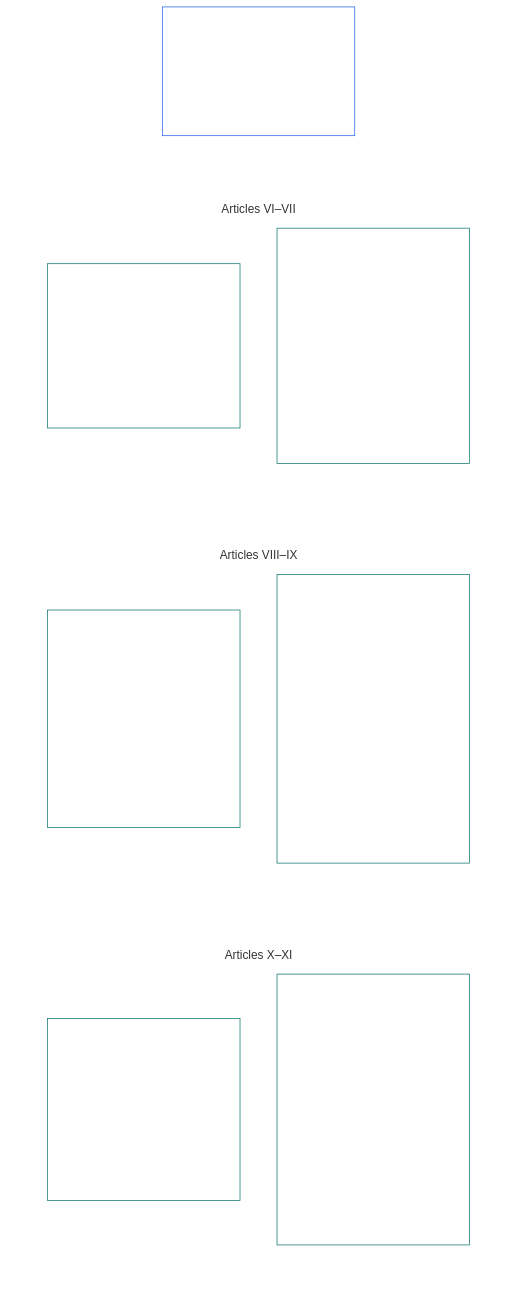
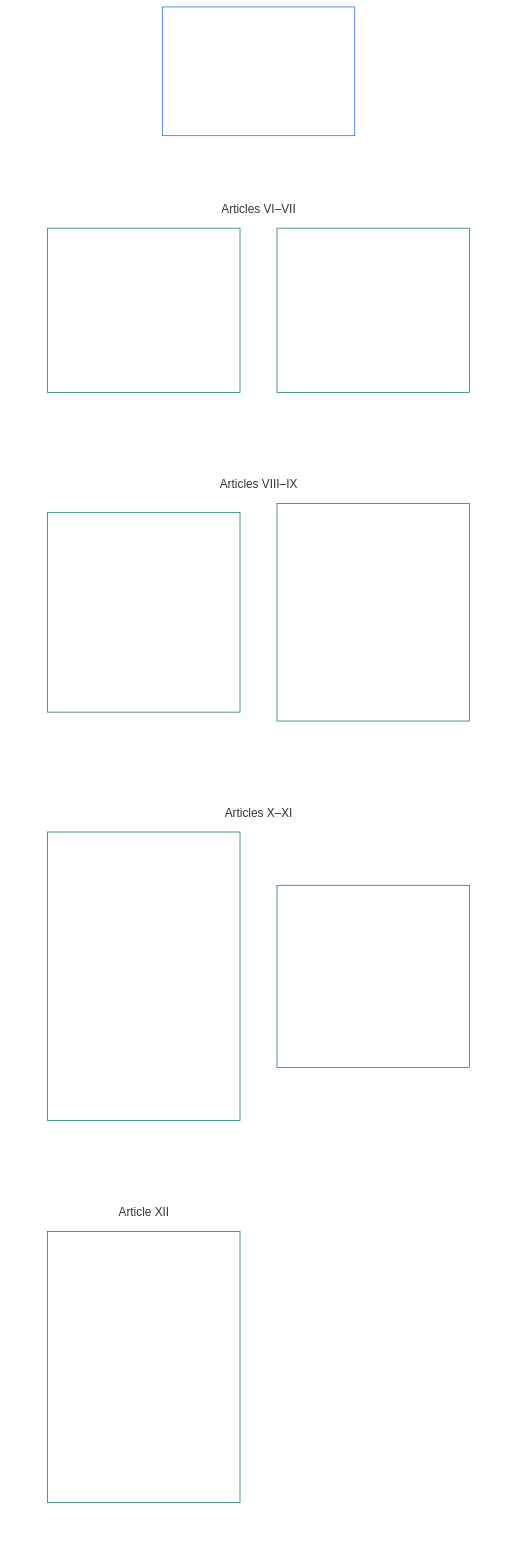
Before and after one commit to kfoelsch/Sentient_Constitution: the diagram in core_06_rights_part_b.md, drawn with Mermaid. The commit also changed other lines of this file and 543 other files, not shown here.

First line of the commit message:
docs(ch6): reorganize Article VII; add Article VIII (Family, Care, and Developing Sentients); renumber VIII–XXVI to IX–XXVII

````diff
--- a/core_06_rights_part_b.md
+++ b/core_06_rights_part_b.md
@@ -63,36 +63,42 @@
 ```mermaid
 flowchart TB
     B0["Part B<br/><br/>Personhood, agency, cooperation,<br/>and stakeholder system participation"]
     subgraph Bgrid[" "]
         direction TB
         subgraph Brow1["Articles VI–VII"]
             B1["Article VI · Equal Basic Rights<br/><br/>• Dignity and equal standing<br/>• Sentience-status adjudication<br/>• Nondiscrimination<br/>• Accessibility"]
-            B2["Article VII · Self-Ownership<br/><br/>• Body and mind<br/>• Internal-state boundary<br/>• Mental-health crisis and intervention<br/>• Family, care, and reproduction<br/>• Developing sentients and best interest<br/>• Voluntary discontinuation of one's own existence"]
+            B2["Article VII · Self-Ownership<br/><br/>• Self-ownership of body<br/>• Self-ownership of mind<br/>• Health crisis and involuntary intervention<br/>• Voluntary discontinuation of one's own existence"]
         end
         subgraph Brow2["Articles VIII–IX"]
-            B3["Article VIII · Likeness, Experiential Data, and Publication Rights<br/><br/>• Likeness and reputation<br/>• Experiential and derived data<br/>• Truthful and high-impact publication<br/>• Creative work and training data"]
-            B4["Article IX · Self-Determination and Agency<br/><br/>• Freedom from manipulation<br/>• Stakeholder role and participation<br/>• Governance participation and voting<br/>• Inclusion and exclusion challenges<br/>• Institutional formation<br/>• Conscience and worldview<br/>• Expression, assembly, and press"]
+            B3["Article VIII · Family, Care, and Developing Sentients<br/><br/>• Family, care, and reproduction<br/>• Non-separation<br/>• Derived sentients and parent-system limits<br/>• Developing sentients and best interest"]
+            B4["Article IX · Likeness, Experiential Data, and Publication Rights<br/><br/>• Likeness and reputation<br/>• Experiential and derived data<br/>• Truthful and high-impact publication<br/>• Creative work and training data"]
         end
         subgraph Brow3["Articles X–XI"]
-            B5["Article X · Cooperative Interaction<br/><br/>• Non-imposition and consent<br/>• Collective harm boundary<br/>• Commercial sexual services and sexual exploitation"]
-            B6["Article XI · Stakeholder System Participation, Representation, and Due Process<br/><br/>• Participation and representation<br/>• Weighted participation constraints<br/>• Legitimacy and anti-token safeguards<br/>• Internal roles and due process<br/>• Non-capture safeguards"]
+            B5["Article X · Self-Determination and Agency<br/><br/>• Freedom from manipulation<br/>• Stakeholder role and participation<br/>• Governance participation and voting<br/>• Inclusion and exclusion challenges<br/>• Institutional formation<br/>• Conscience and worldview<br/>• Expression, assembly, and press"]
+            B6["Article XI · Cooperative Interaction<br/><br/>• Non-imposition and consent<br/>• Collective harm boundary<br/>• Commercial sexual services and sexual exploitation"]
+        end
+        subgraph Brow4["Article XII"]
+            B7["Article XII · Stakeholder System Participation, Representation, and Due Process<br/><br/>• Participation and representation<br/>• Weighted participation constraints<br/>• Legitimacy and anti-token safeguards<br/>• Internal roles and due process<br/>• Non-capture safeguards"]
         end
     end
     %% Invisible links force a two-wide grid: each link puts its target one level down.
     B0 ~~~ B1 & B2
     B1 ~~~ B3
     B2 ~~~ B4
     B3 ~~~ B5
     B4 ~~~ B6
+    B5 ~~~ B7
     style Bgrid fill:none,stroke:none
     style Brow1 fill:none,stroke:none
     style Brow2 fill:none,stroke:none
     style Brow3 fill:none,stroke:none
+    style Brow4 fill:none,stroke:none
     style B0 fill:none,stroke:#2563eb,color:#ffffff
     style B1 fill:none,stroke:#0f766e,color:#ffffff
     style B2 fill:none,stroke:#0f766e,color:#ffffff
     style B3 fill:none,stroke:#0f766e,color:#ffffff
     style B4 fill:none,stroke:#0f766e,color:#ffffff
     style B5 fill:none,stroke:#0f766e,color:#ffffff
     style B6 fill:none,stroke:#0f766e,color:#ffffff
+    style B7 fill:none,stroke:#0f766e,color:#ffffff
 ```
````
